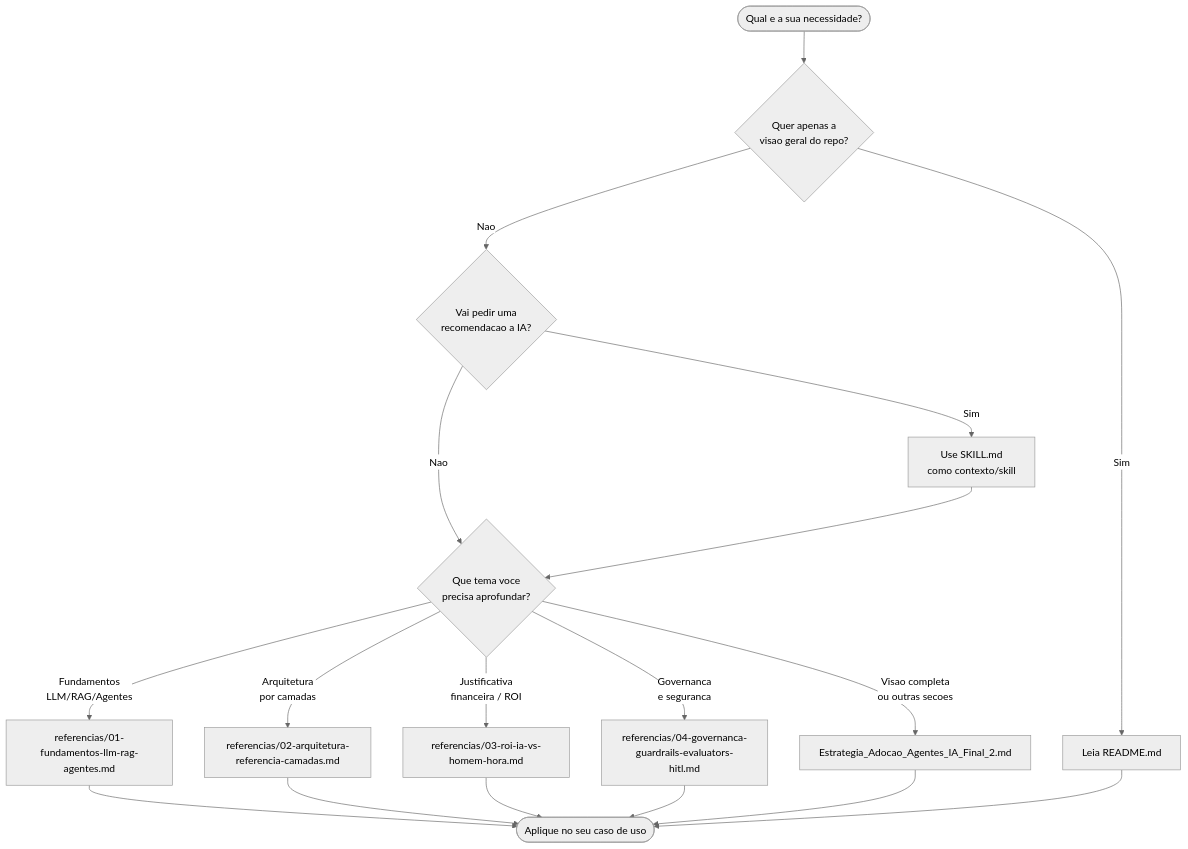
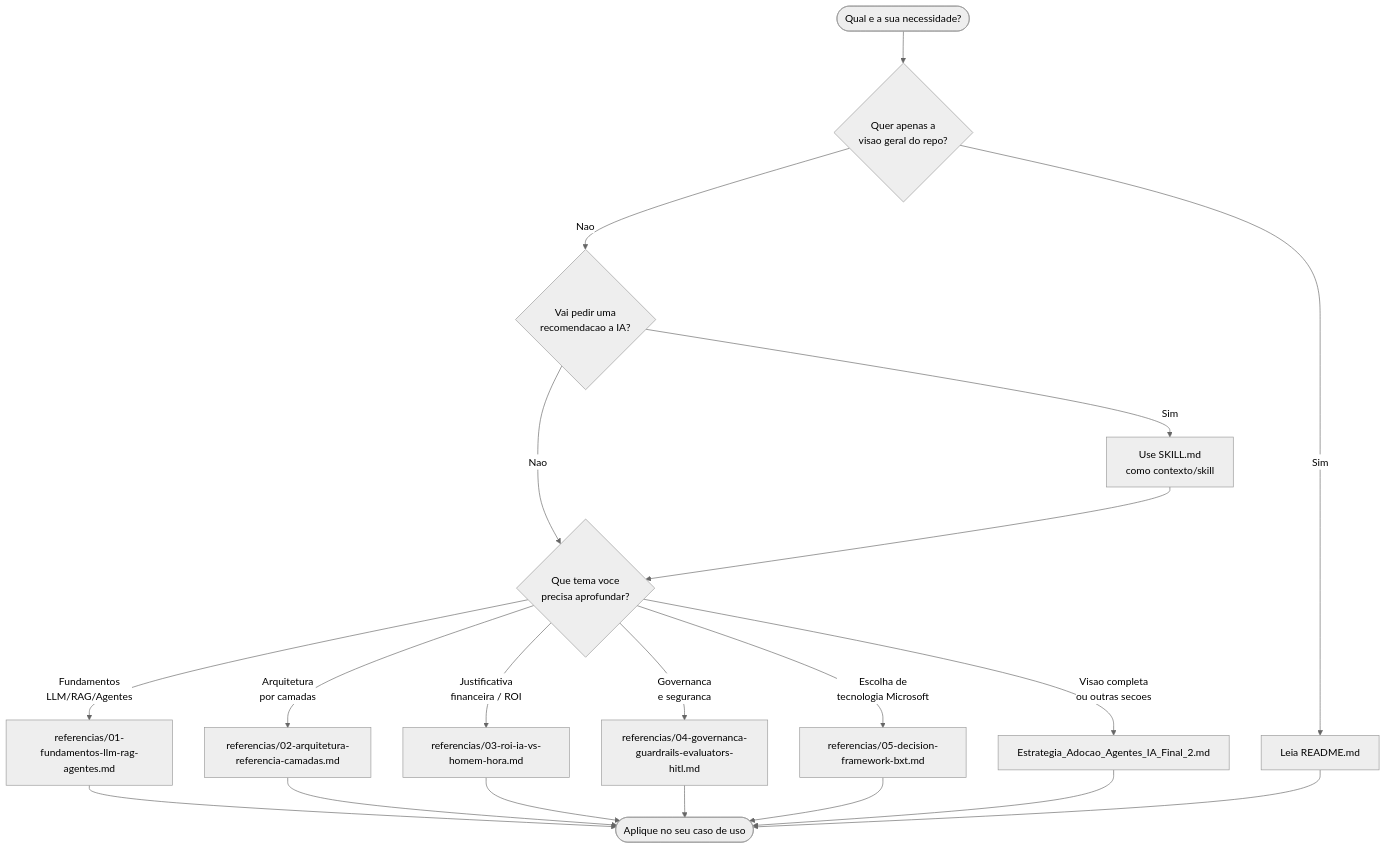
One commit to fabioharams/hubsp-ai-skill changed the second of 2 diagrams in README.md. Above: the diagram before and after it, drawn with Mermaid (neutral theme). The commit also changed other lines of this file and 3 other files, not shown here.

Commit message:
atualizando para se tornar mais coerente com o AI decision framework

````diff
--- a/README.md
+++ b/README.md
@@ -58,24 +60,26 @@
 ```mermaid
 flowchart TD
     START([Qual e a sua necessidade?]) --> Q1{Quer apenas a<br/>visao geral do repo?}
     Q1 -- Sim --> README[Leia README.md]
     Q1 -- Nao --> Q2{Vai pedir uma<br/>recomendacao a IA?}
 
     Q2 -- Sim --> SKILL[Use SKILL.md<br/>como contexto/skill]
     Q2 -- Nao --> Q3{Que tema voce<br/>precisa aprofundar?}
 
     SKILL --> Q3
 
     Q3 -- Fundamentos<br/>LLM/RAG/Agentes --> R1[referencias/01-fundamentos-llm-rag-agentes.md]
     Q3 -- Arquitetura<br/>por camadas --> R2[referencias/02-arquitetura-referencia-camadas.md]
     Q3 -- Justificativa<br/>financeira / ROI --> R3[referencias/03-roi-ia-vs-homem-hora.md]
     Q3 -- Governanca<br/>e seguranca --> R4[referencias/04-governanca-guardrails-evaluators-hitl.md]
+    Q3 -- Escolha de<br/>tecnologia Microsoft --> R5[referencias/05-decision-framework-bxt.md]
     Q3 -- Visao completa<br/>ou outras secoes --> CANON[Estrategia_Adocao_Agentes_IA_Final_2.md]
 
     R1 --> END([Aplique no seu caso de uso])
     R2 --> END
     R3 --> END
     R4 --> END
+    R5 --> END
     CANON --> END
     README --> END
 ```
````
